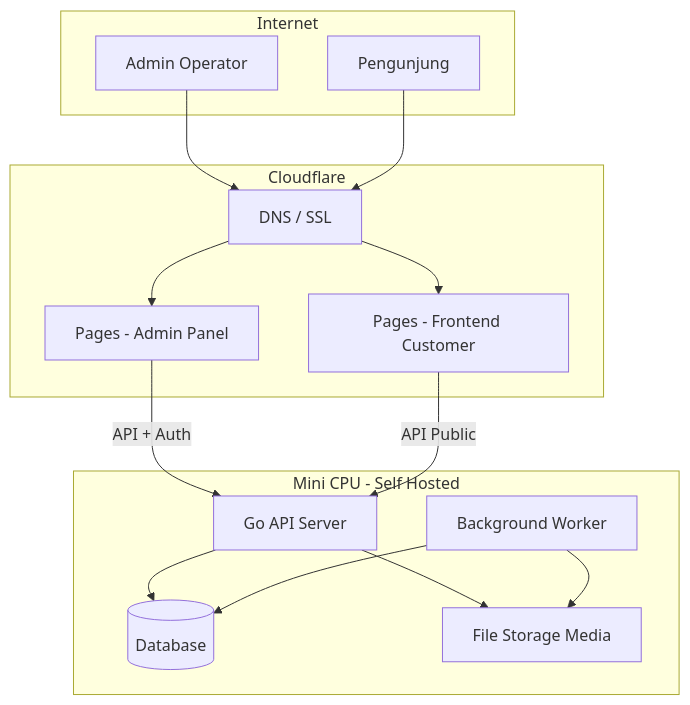
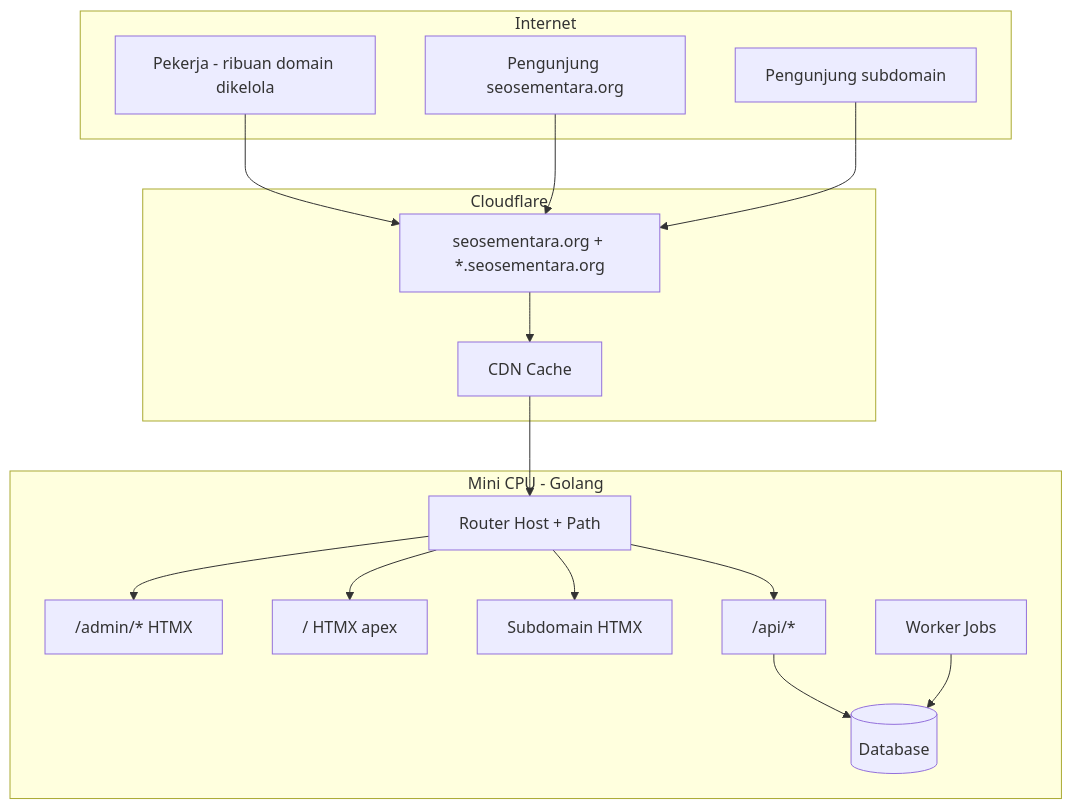
One commit to WBetEngine/Seosementara changed the diagram in Plan/02-arsitektur-dan-infrastruktur.md. Above: the diagram before and after it, drawn with Mermaid. The commit also changed other lines of this file and 9 other files, not shown here.

First line of the commit message:
Revisi Plan: model domain tunggal, /admin/, subdomain, ribuan domain

````diff
--- a/Plan/02-arsitektur-dan-infrastruktur.md
+++ b/Plan/02-arsitektur-dan-infrastruktur.md
@@ -5,26 +9,31 @@
 ```mermaid
 flowchart TB
   subgraph internet [Internet]
-    Visitor[Pengunjung]
-    Operator[Admin Operator]
+    Worker[Pekerja - ribuan domain dikelola]
+    Visitor[Pengunjung seosementara.org]
+    SubVisitor[Pengunjung subdomain]
   end
-  subgraph cloudflare [Cloudflare]
-    PagesAdmin[Pages - Admin Panel]
-    PagesUsers[Pages - Frontend Customer]
-    DNS[DNS / SSL]
+  subgraph cf [Cloudflare]
+    DNS["seosementara.org + *.seosementara.org"]
+    Cache[CDN Cache]
   end
-  subgraph home [Mini CPU - Self Hosted]
-    GoAPI[Go API Server]
-    Worker[Background Worker]
+  subgraph mini [Mini CPU - Golang]
+    Router[Router Host + Path]
+    Admin["/admin/* HTMX"]
+    Public["/ HTMX apex"]
+    SubApps["Subdomain HTMX"]
+    API["/api/*"]
+    BG[Worker Jobs]
     DB[(Database)]
-    FS[File Storage Media]
   end
-  Operator --> DNS --> PagesAdmin
-  Visitor --> DNS --> PagesUsers
-  PagesAdmin -->|API + Auth| GoAPI
-  PagesUsers -->|API Public| GoAPI
-  GoAPI --> DB
-  GoAPI --> FS
-  Worker --> DB
-  Worker --> FS
+  Worker --> DNS
+  Visitor --> DNS
+  SubVisitor --> DNS
+  DNS --> Cache --> Router
+  Router --> Admin
+  Router --> Public
+  Router --> SubApps
+  Router --> API
+  API --> DB
+  BG --> DB
 ```
````
